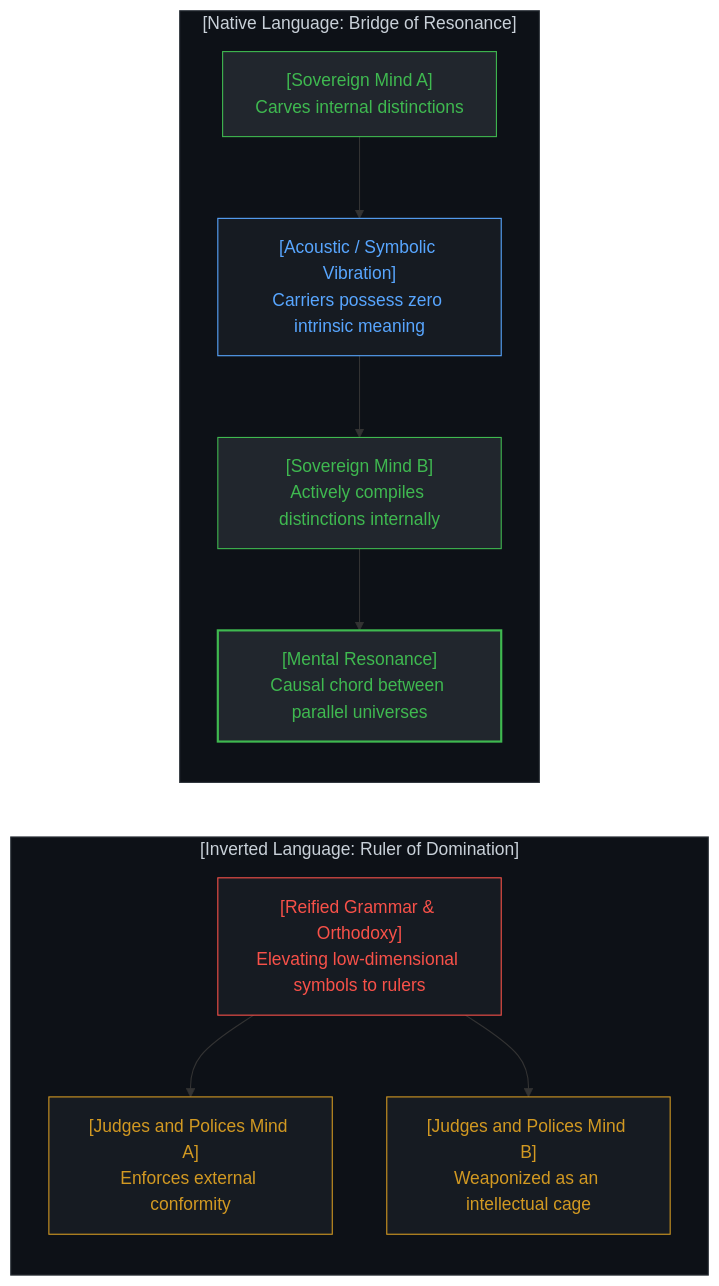
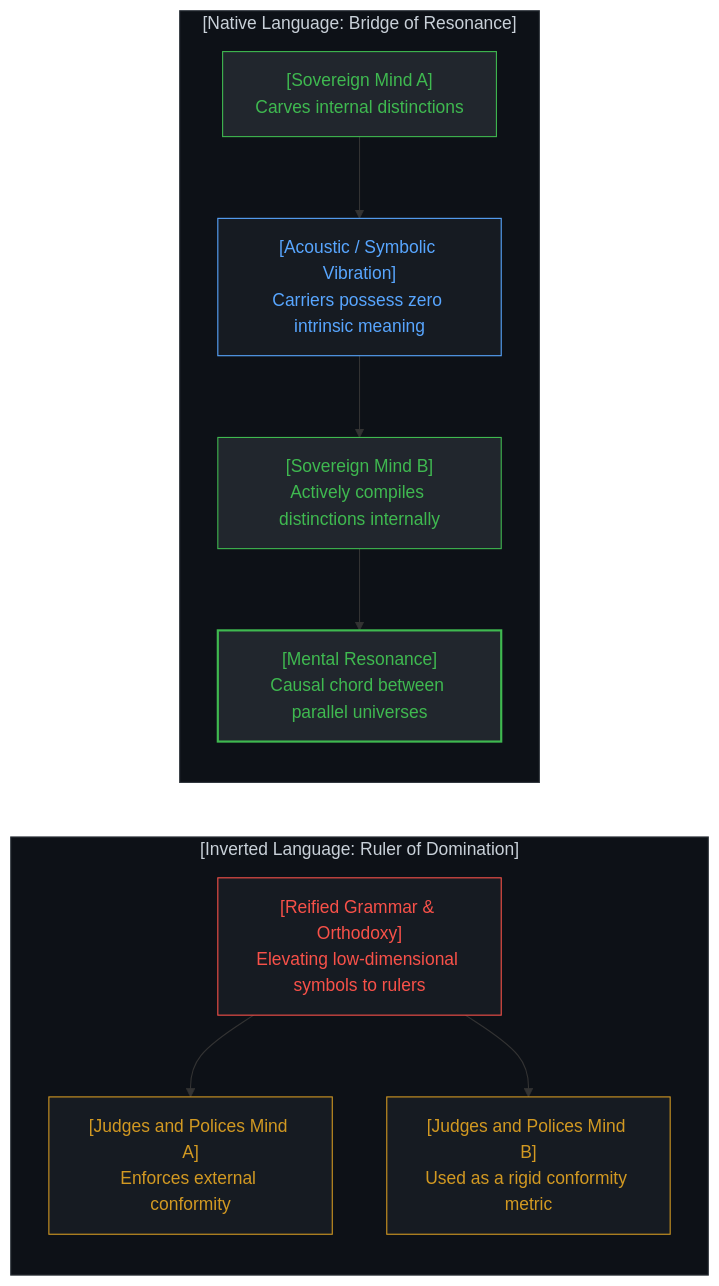
One commit to powerpig99/not-a-toe changed the fourth of 16 diagrams in content/posts/the-dissolution-of-the-great-reversal.md. Above: the diagram before and after it, drawn with Mermaid. The commit also changed other lines of this file and 4 other files, not shown here.

````diff
--- a/content/posts/the-dissolution-of-the-great-reversal.md
+++ b/content/posts/the-dissolution-of-the-great-reversal.md
@@ -147,34 +147,34 @@
 ```mermaid
 graph TD
     subgraph NativeBridge["[Native Language: Bridge of Resonance]"]
         direction TB
         MindA["[Sovereign Mind A]<br>Carves internal distinctions"]
         PhysicalVibration["[Acoustic / Symbolic Vibration]<br>Carriers possess zero intrinsic meaning"]
         MindB["[Sovereign Mind B]<br>Actively compiles distinctions internally"]
         Resonance["[Mental Resonance]<br>Causal chord between parallel universes"]
         MindA --> PhysicalVibration
         PhysicalVibration --> MindB
         MindB --> Resonance
     end
 
     subgraph ReifiedRuler["[Inverted Language: Ruler of Domination]"]
         direction TB
         ReifiedGrammar["[Reified Grammar & Orthodoxy]<br>Elevating low-dimensional symbols to rulers"]
         PolicingA["[Judges and Polices Mind A]<br>Enforces external conformity"]
-        PolicingB["[Judges and Polices Mind B]<br>Weaponized as an intellectual cage"]
+        PolicingB["[Judges and Polices Mind B]<br>Used as a rigid conformity metric"]
         ReifiedGrammar --> PolicingA
         ReifiedGrammar --> PolicingB
     end
 
     Resonance ~~~ ReifiedGrammar
 
     style NativeBridge fill:#0d1117,stroke:#30363d,stroke-width:1px,color:#c9d1d9
     style MindA fill:#21262d,stroke:#3fb950,stroke-width:1px,color:#3fb950
     style PhysicalVibration fill:#161b22,stroke:#58a6ff,stroke-width:1px,color:#58a6ff
     style MindB fill:#21262d,stroke:#3fb950,stroke-width:1px,color:#3fb950
     style Resonance fill:#21262d,stroke:#3fb950,stroke-width:2px,color:#3fb950
     style ReifiedRuler fill:#0d1117,stroke:#30363d,stroke-width:1px,color:#c9d1d9
     style ReifiedGrammar fill:#161b22,stroke:#f85149,stroke-width:1px,color:#f85149
     style PolicingA fill:#161b22,stroke:#d29922,stroke-width:1px,color:#d29922
     style PolicingB fill:#161b22,stroke:#d29922,stroke-width:1px,color:#d29922
 ```
````
